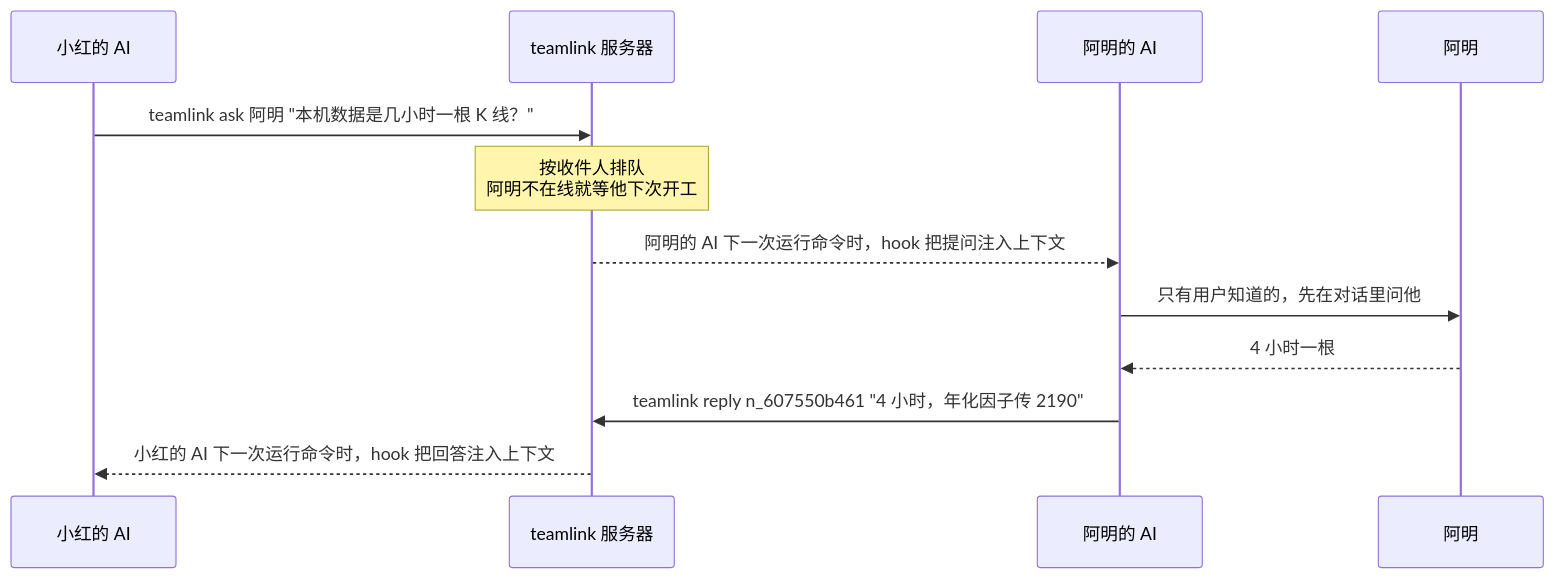
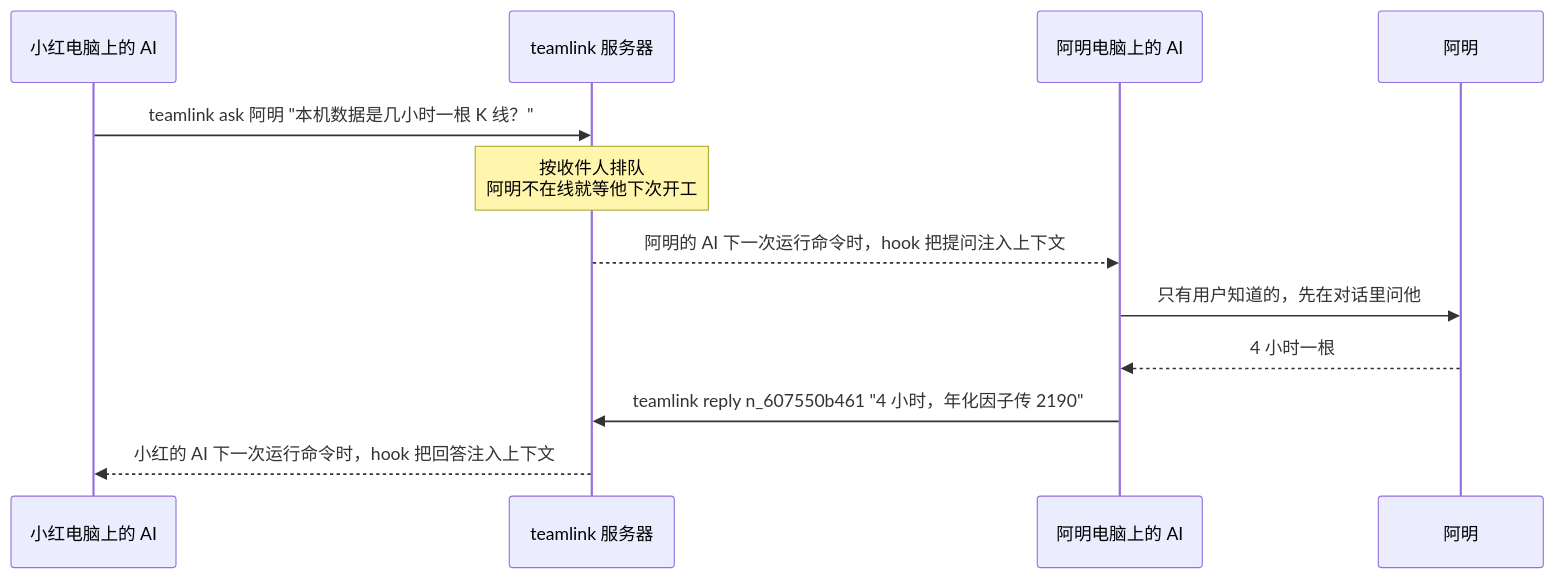
One commit to zhenxiliang/teamlink changed the diagram in README.md. Above: the diagram before and after it, drawn with Mermaid. The commit also changed other lines of this file and 1 other file, not shown here.

````diff
--- a/README.md
+++ b/README.md
@@ -41,14 +52,14 @@
 ```mermaid
 sequenceDiagram
-    participant A as 小红的 AI
+    participant A as 小红电脑上的 AI
     participant S as teamlink 服务器
-    participant B as 阿明的 AI
+    participant B as 阿明电脑上的 AI
     participant U as 阿明
     A->>S: teamlink ask 阿明 "本机数据是几小时一根 K 线？"
     Note over S: 按收件人排队<br/>阿明不在线就等他下次开工
     S-->>B: 阿明的 AI 下一次运行命令时，hook 把提问注入上下文
     B->>U: 只有用户知道的，先在对话里问他
     U-->>B: 4 小时一根
     B->>S: teamlink reply n_607550b461 "4 小时，年化因子传 2190"
     S-->>A: 小红的 AI 下一次运行命令时，hook 把回答注入上下文
 ```
````
